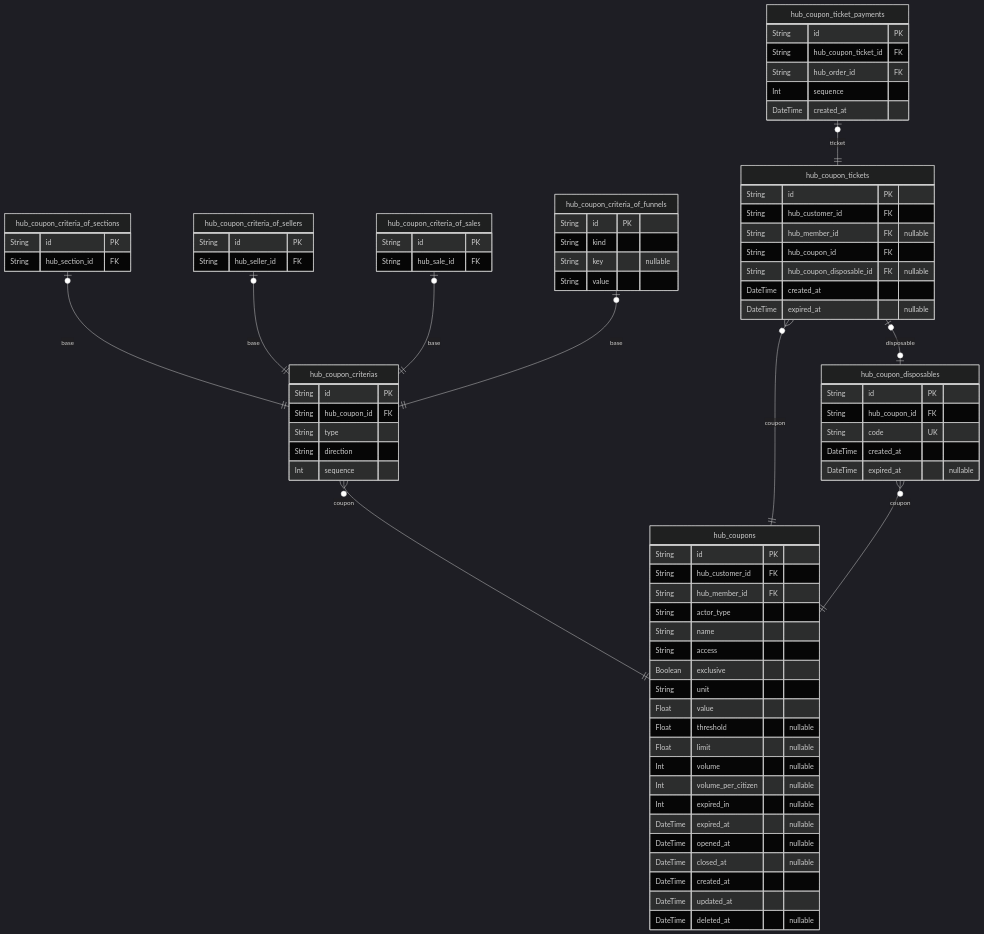
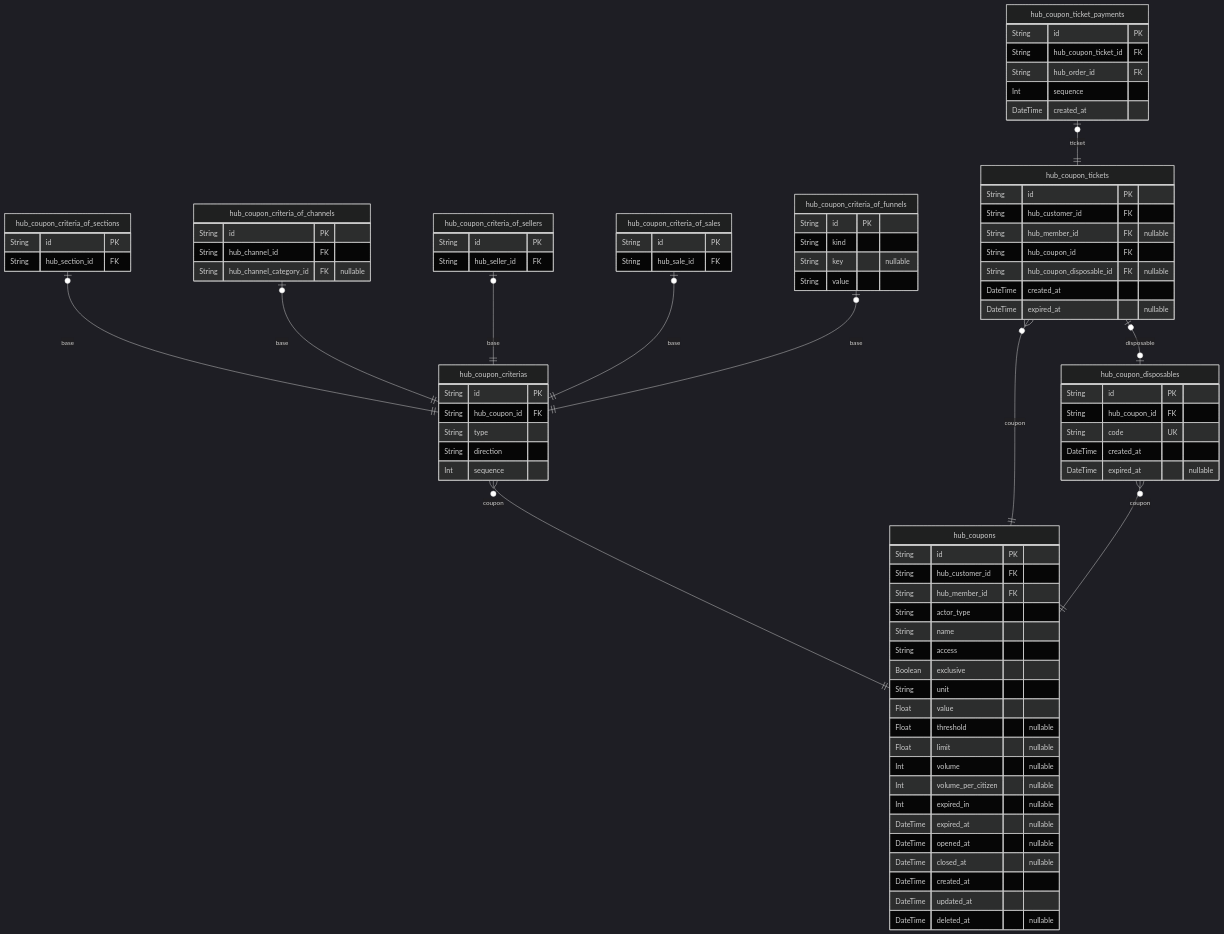
Diagram 11 of 16 in docs/ERD.md (wrtnlabs/backend), drawn with Mermaid (dark theme) before and after one commit. The commit also changed other lines of this file and 1 other file, not shown here.

First line of the commit message:
Change sdk readme & erd (#82)

```diff
--- a/docs/ERD.md
+++ b/docs/ERD.md
@@ -2816,6 +2872,11 @@
 "hub_coupon_criteria_of_sections" {
   String id PK
   String hub_section_id FK
+}
+"hub_coupon_criteria_of_channels" {
+  String id PK
+  String hub_channel_id FK
+  String hub_channel_category_id FK "nullable"
 }
 "hub_coupon_criteria_of_sellers" {
   String id PK
@@ -2856,6 +2917,7 @@
 }
 "hub_coupon_criterias" }o--|| "hub_coupons" : coupon
 "hub_coupon_criteria_of_sections" |o--|| "hub_coupon_criterias" : base
+"hub_coupon_criteria_of_channels" |o--|| "hub_coupon_criterias" : base
 "hub_coupon_criteria_of_sellers" |o--|| "hub_coupon_criterias" : base
 "hub_coupon_criteria_of_sales" |o--|| "hub_coupon_criterias" : base
 "hub_coupon_criteria_of_funnels" |o--|| "hub_coupon_criterias" : base
```
